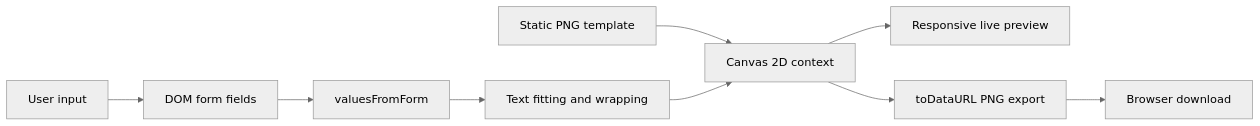
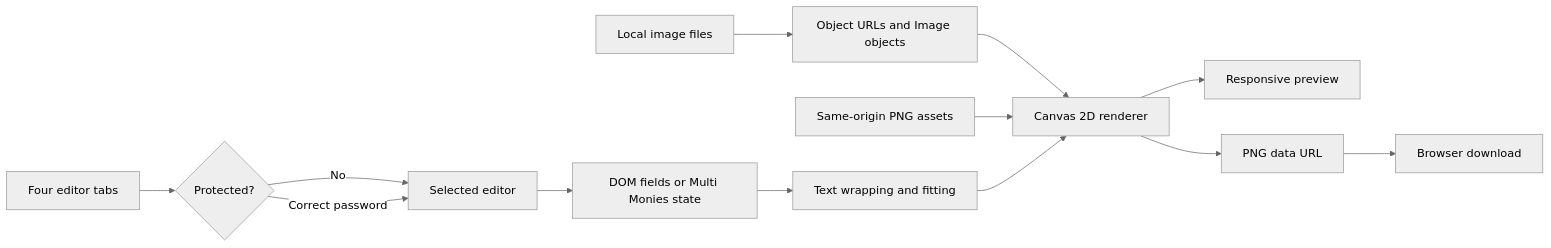
The first of 2 diagrams in docs/TECHNICAL_ARCHITECTURE.md (ajitha3008/EditableFlyerOpenHouse), drawn with Mermaid (neutral theme) before and after one commit. The commit also changed other lines of this file and 4 other files, not shown here.

````diff
--- a/docs/TECHNICAL_ARCHITECTURE.md
+++ b/docs/TECHNICAL_ARCHITECTURE.md
@@ -49,11 +65,15 @@
 ```mermaid
 flowchart LR
-    User[User input] --> Form[DOM form fields]
-    Form --> State[valuesFromForm]
-    State --> Layout[Text fitting and wrapping]
-    Template[Static PNG template] --> Canvas[Canvas 2D context]
-    Layout --> Canvas
-    Canvas --> Preview[Responsive live preview]
-    Canvas --> Export[toDataURL PNG export]
+    Tabs[Four editor tabs] --> Gate{Protected?}
+    Gate -->|No| Editor[Selected editor]
+    Gate -->|Correct password| Editor
+    Editor --> State[DOM fields or Multi Monies state]
+    Upload[Local image files] --> Memory[Object URLs and Image objects]
+    Memory --> Canvas
+    State --> Fit[Text wrapping and fitting]
+    Assets[Same-origin PNG assets] --> Canvas[Canvas 2D renderer]
+    Fit --> Canvas
+    Canvas --> Preview[Responsive preview]
+    Canvas --> Export[PNG data URL]
     Export --> Download[Browser download]
 ```
````
